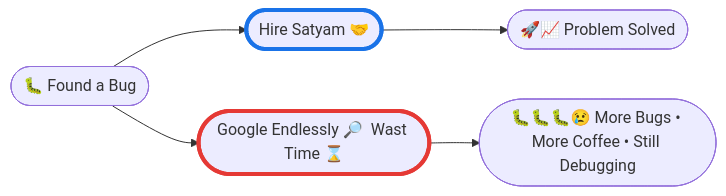
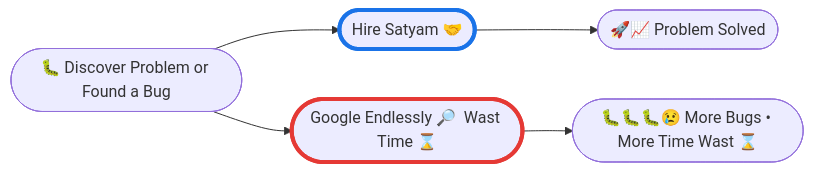
The diagram in README.md (oOSatyamOo/oOSatyamOo), drawn with Mermaid before and after one commit. The commit also changed other lines of this file, not shown here.

````diff
--- a/README.md
+++ b/README.md
@@ -263,15 +203,15 @@
 ```mermaid
 flowchart LR
-    A([🐛 Found a Bug])
+    A([🐛 Discover Problem or Found a Bug])
 
     A --> B([Hire Satyam 🤝])
     A --> C([Google Endlessly 🔎  Wast Time ⌛])
 
     B --> D([🚀📈  Problem Solved ])
-    C --> E([🐛🐛🐛😢 More Bugs • More Coffee • Still Debugging])
+    C --> E([🐛🐛🐛😢 More Bugs • More Time Wast ⌛])
 
     click B "https://linkedin.com/in/satyam-k-5b3ab91bb/" "Hire Satyam"
 
     style B stroke:#1a73e8,stroke-width:4px
     style C stroke:#e53935,stroke-width:4px
 ```
````
